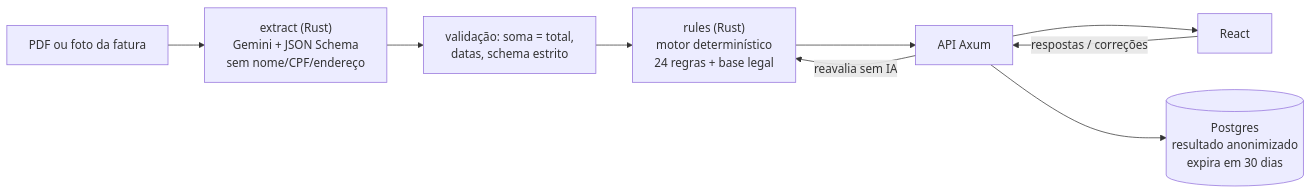
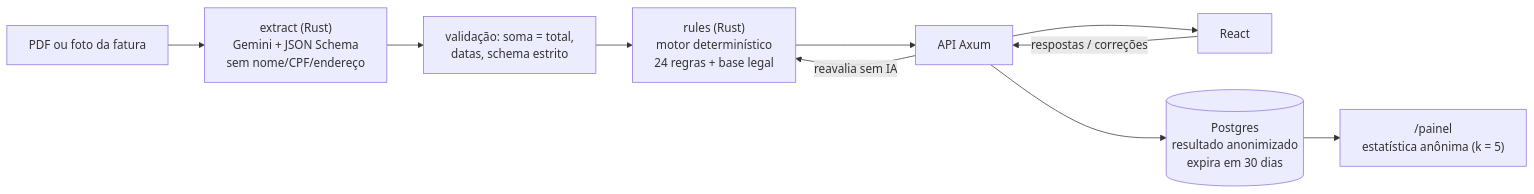
One commit to HeitorM50/humanobill changed the diagram in README.md. Above: the diagram before and after it, drawn with Mermaid. The commit also changed other lines of this file and 4 other files, not shown here.

````diff
--- a/README.md
+++ b/README.md
@@ -44,10 +66,11 @@
 ```mermaid
 flowchart LR
   U[PDF ou foto da fatura] --> E["extract (Rust)<br/>Gemini + JSON Schema<br/>sem nome/CPF/endereço"]
   E --> V[validação: soma = total,<br/>datas, schema estrito]
   V --> R["rules (Rust)<br/>motor determinístico<br/>24 regras + base legal"]
   R --> A[API Axum] --> W[React]
   W -- respostas / correções --> A
   A -- reavalia sem IA --> R
   A --> D[(Postgres<br/>resultado anonimizado<br/>expira em 30 dias)]
+  D --> P["/painel<br/>estatística anônima (k = 5)"]
 ```
````
